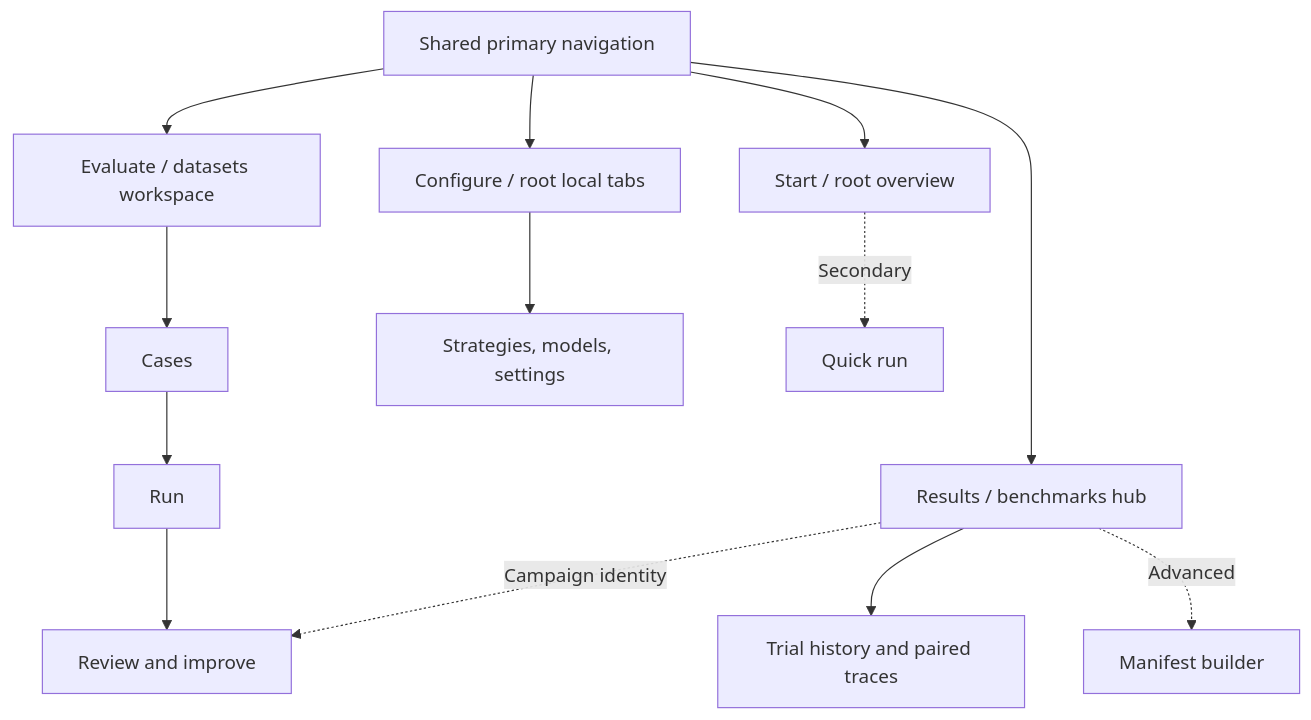
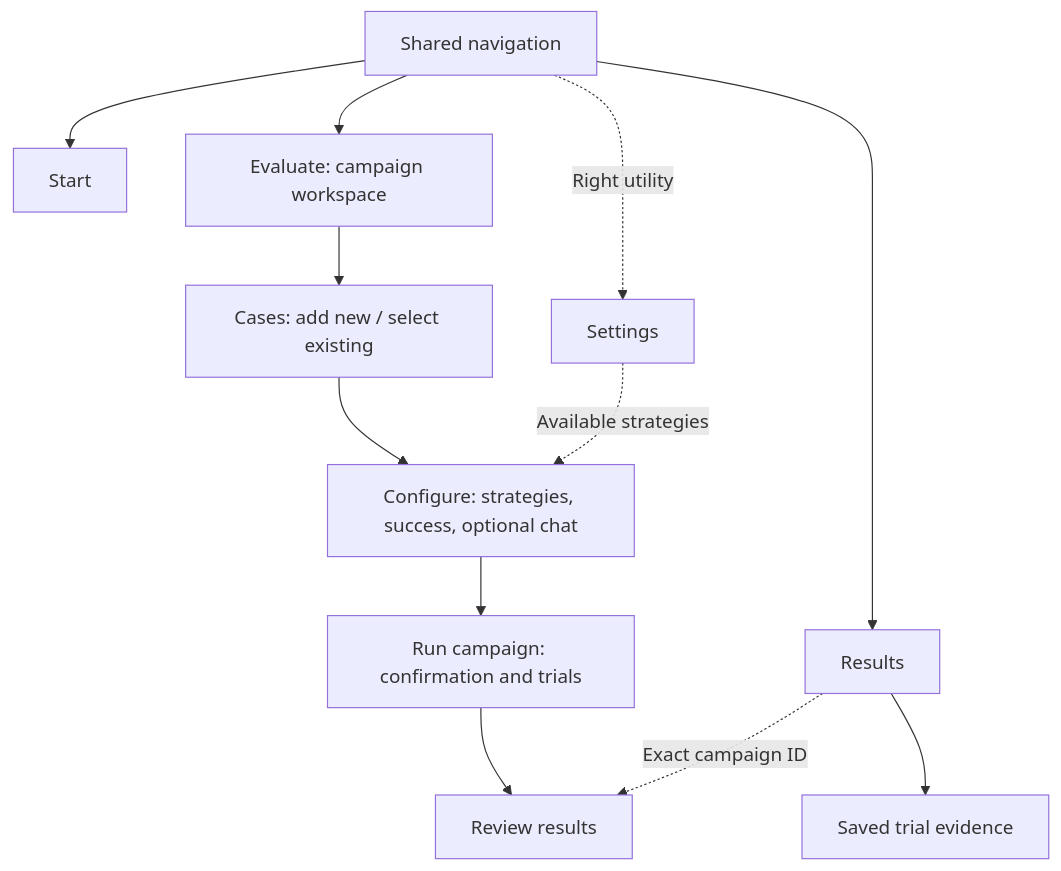
Before and after one commit to niksacdev/rove: the first of 2 diagrams in docs/architecture/ADR-025-workflow-navigation.md, drawn with Mermaid. The commit also changed other lines of this file and 58 other files, not shown here.

````diff
--- a/docs/architecture/ADR-025-workflow-navigation.md
+++ b/docs/architecture/ADR-025-workflow-navigation.md
@@ -26,15 +28,14 @@
 ```mermaid
 flowchart TD
-    N["Shared primary navigation"] --> S["Start / root overview"]
-    N --> E["Evaluate / datasets workspace"]
-    N --> R["Results / benchmarks hub"]
-    N --> C["Configure / root local tabs"]
-    E --> EC["Cases"]
-    EC --> ER["Run"]
-    ER --> EV["Review and improve"]
-    R --> RT["Trial history and paired traces"]
-    R -. Campaign identity .-> EV
-    C --> CT["Strategies, models, settings"]
-    S -. Secondary .-> Q["Quick run"]
-    R -. Advanced .-> M["Manifest builder"]
+    N["Shared navigation"] --> S["Start"]
+    N --> E["Evaluate: campaign workspace"]
+    N --> R["Results"]
+    N -. Right utility .-> U["Settings"]
+    E --> C["Cases: add new / select existing"]
+    C --> F["Configure: strategies, success, optional chat"]
+    F --> L["Run campaign: confirmation and trials"]
+    L --> V["Review results"]
+    R --> T["Saved trial evidence"]
+    R -. Exact campaign ID .-> V
+    U -. Available strategies .-> F
 ```
````
